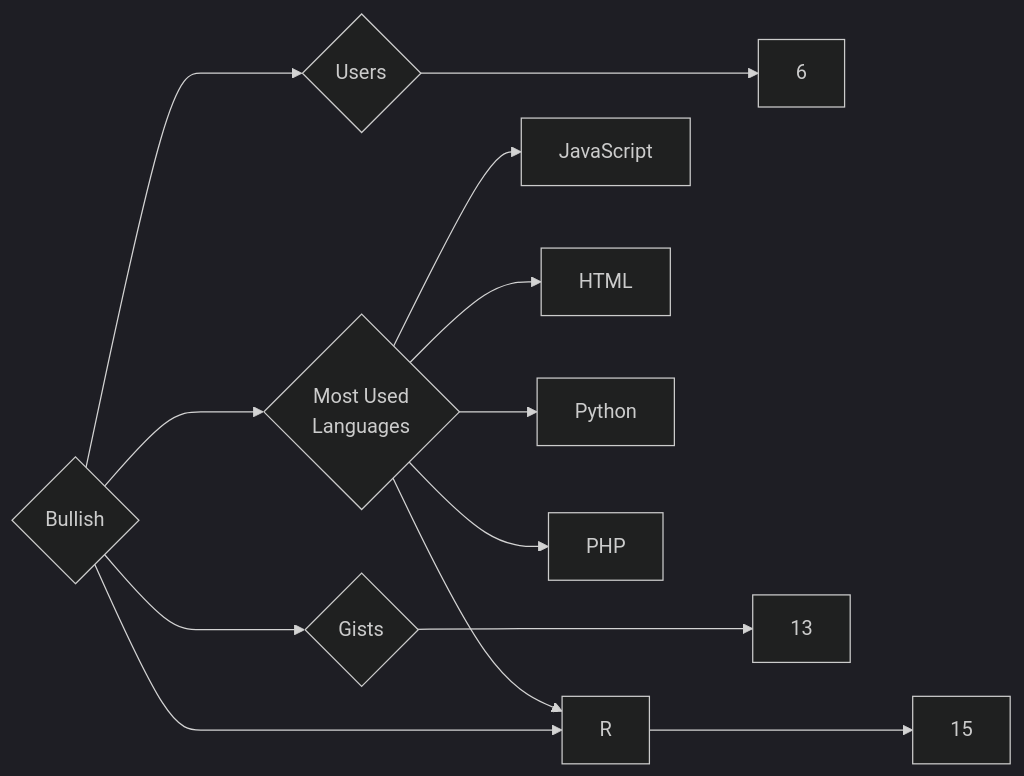
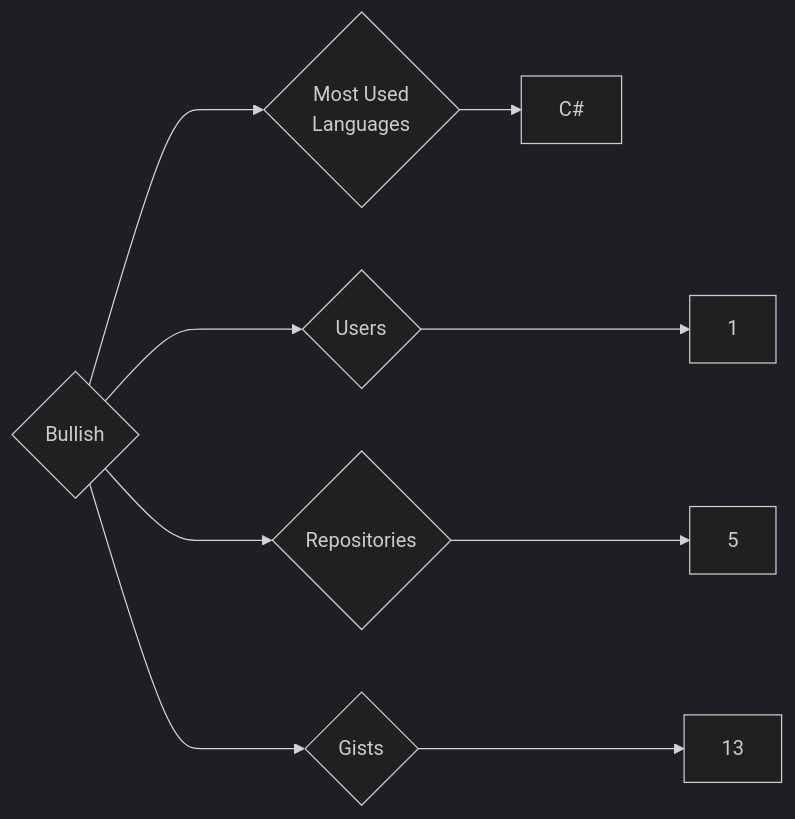
The diagram in targets/Bullish/README.md (trickest/insiders), drawn with Mermaid (dark theme) before and after one commit. The commit also changed 559 other files, not shown here.

````diff
--- a/targets/Bullish/README.md
+++ b/targets/Bullish/README.md
@@ -3,13 +3,9 @@
 ```mermaid
 graph LR
 COMPANY_NAME{Bullish}
-COMPANY_NAME ---> U{Users} ---> UN[6]
-COMPANY_NAME ---> R{Repositories} ---> RN[15]
+COMPANY_NAME ---> U{Users} ---> UN[1]
+COMPANY_NAME ---> R{Repositories} ---> RN[5]
 COMPANY_NAME ---> G{Gists} ---> GN[13]
 COMPANY_NAME ---> ML{Most Used<br>Languages}
-ML --> JavaScript[JavaScript]
-ML --> HTML[HTML]
-ML --> R[R]
-ML --> Python[Python]
-ML --> PHP[PHP]
+ML --> C#[C#]
 ```
````
